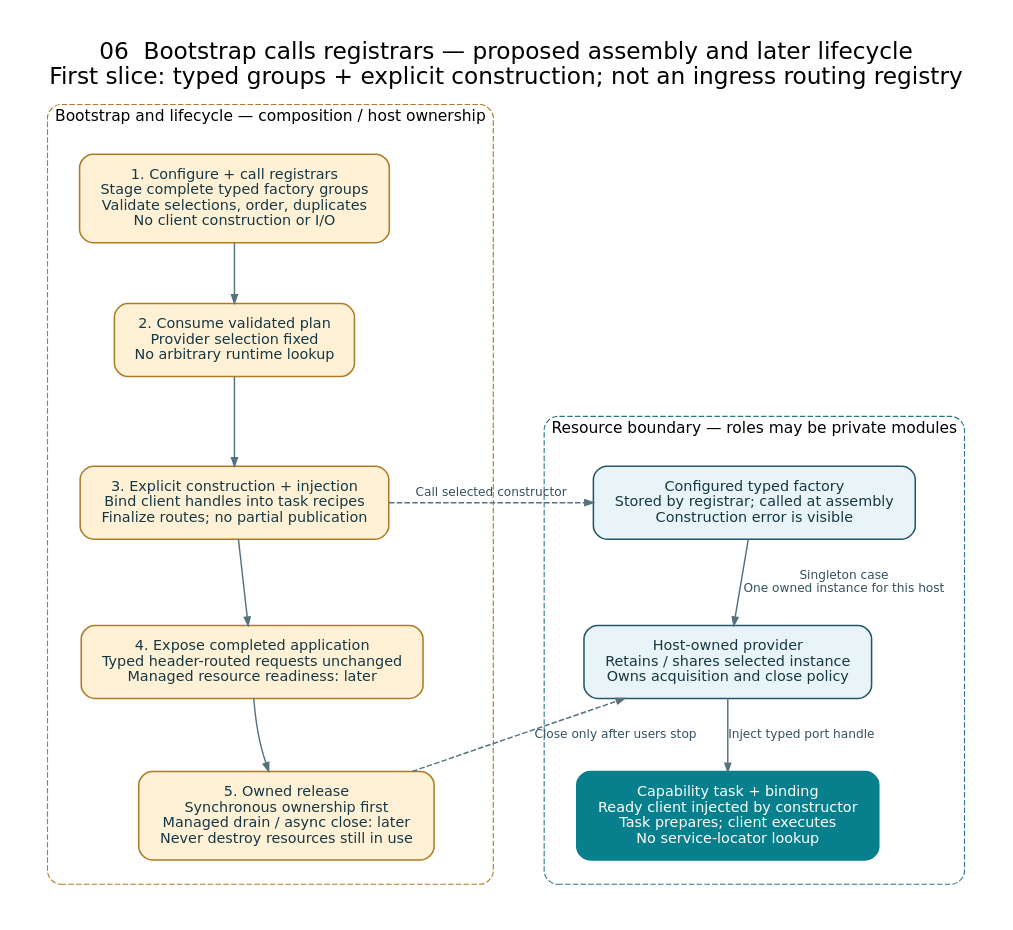
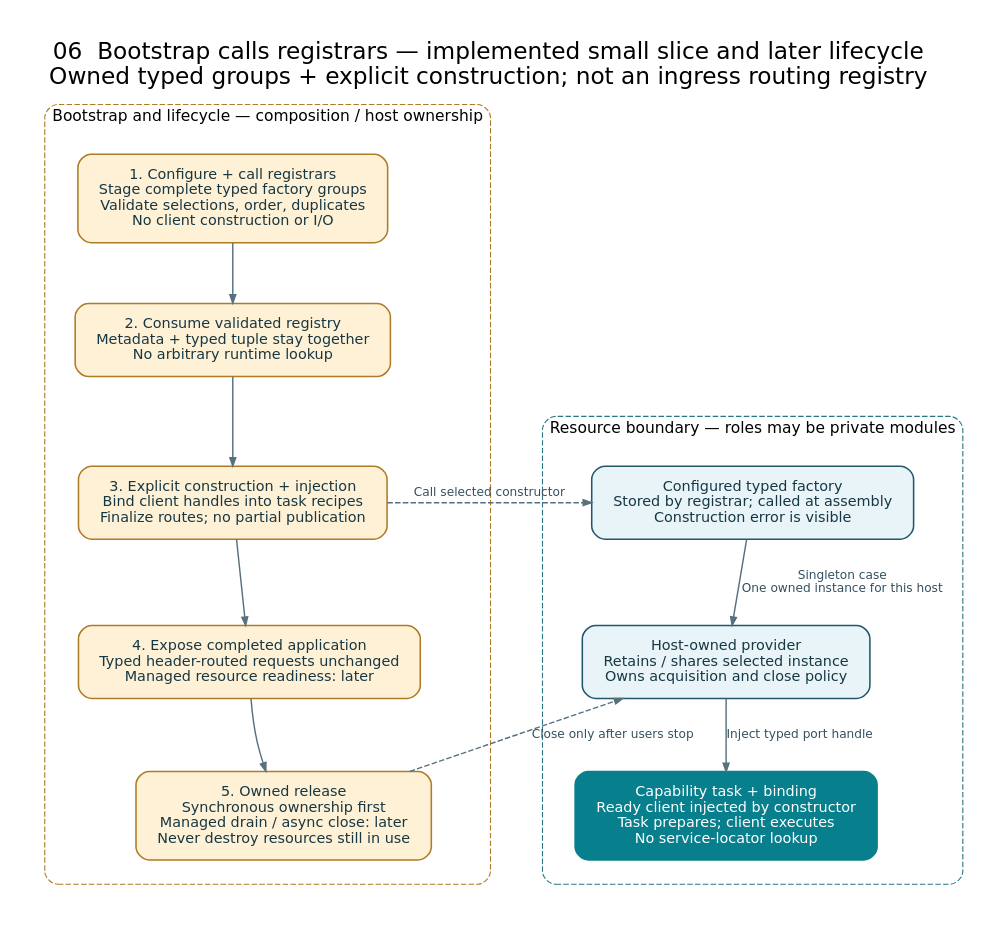
The diagram in docs/architecture/diagrams/06-provider-assembly.dot (roachmaster/homelab), drawn with Graphviz before and after one commit. The commit also changed 40 other files, not shown here.

Commit message:
Implement typed bootstrap registration and optional capability assembly demo

```diff
--- a/docs/architecture/diagrams/06-provider-assembly.dot
+++ b/docs/architecture/diagrams/06-provider-assembly.dot
@@ -1,26 +1,26 @@
 digraph ProviderAssembly {
 graph [fontname="DejaVu Sans", fontsize=21, labelloc=t, labeljust=l, pad=0.35, nodesep=0.65, ranksep=0.75, bgcolor="white"];
 node [shape=box, style="rounded,filled", fontname="DejaVu Sans", fontsize=13, margin="0.22,0.16", color="#24576b", fillcolor="#e8f4f7", fontcolor="#163744", penwidth=1.4];
 edge [fontname="DejaVu Sans", fontsize=11, color="#56717d", fontcolor="#34505f", penwidth=1.3, arrowsize=0.75];
-newrank=true; rankdir=TB; label="06  Bootstrap calls registrars — proposed assembly and later lifecycle\nFirst slice: typed groups + explicit construction; not an ingress routing registry";
+newrank=true; rankdir=TB; label="06  Bootstrap calls registrars — implemented small slice and later lifecycle\nOwned typed groups + explicit construction; not an ingress routing registry";
 subgraph cluster_plan { label="Bootstrap and lifecycle — composition / host ownership"; fontname="DejaVu Sans"; fontsize=14; color="#ae7b26"; style="rounded,dashed"; margin=22;
 validate [label="1. Configure + call registrars\nStage complete typed factory groups\nValidate selections, order, duplicates\nNo client construction or I/O", fillcolor="#fff1d6", color="#ae7b26"];
-freeze [label="2. Consume validated plan\nProvider selection fixed\nNo arbitrary runtime lookup", fillcolor="#fff1d6", color="#ae7b26"];
+freeze [label="2. Consume validated registry\nMetadata + typed tuple stay together\nNo arbitrary runtime lookup", fillcolor="#fff1d6", color="#ae7b26"];
 build [label="3. Explicit construction + injection\nBind client handles into task recipes\nFinalize routes; no partial publication", fillcolor="#fff1d6", color="#ae7b26"];
 ready [label="4. Expose completed application\nTyped header-routed requests unchanged\nManaged resource readiness: later", fillcolor="#fff1d6", color="#ae7b26"];
 stop [label="5. Owned release\nSynchronous ownership first\nManaged drain / async close: later\nNever destroy resources still in use", fillcolor="#fff1d6", color="#ae7b26"];
 validate -> freeze -> build -> ready -> stop;
 }
 subgraph cluster_roles { label="Resource boundary — roles may be private modules"; fontname="DejaVu Sans"; fontsize=14; color="#2b7686"; style="rounded,dashed"; margin=22;
 factory [label="Configured typed factory\nStored by registrar; called at assembly\nConstruction error is visible"];
 provider [label="Host-owned provider\nRetains / shares selected instance\nOwns acquisition and close policy"];
 handler [label="Capability task + binding\nReady client injected by constructor\nTask prepares; client executes\nNo service-locator lookup", fillcolor="#087f8c", color="#087f8c", fontcolor="white"];
 factory -> provider [label="Singleton case\nOne owned instance for this host"];
 provider -> handler [label="Inject typed port handle"];
 }
 build -> factory [label="Call selected constructor", style=dashed];
 stop -> provider [label="Close only after users stop", style=dashed];
 {rank=same; build; factory;}
 {rank=same; ready; provider;}
 {rank=same; stop; handler;}
 }
```
